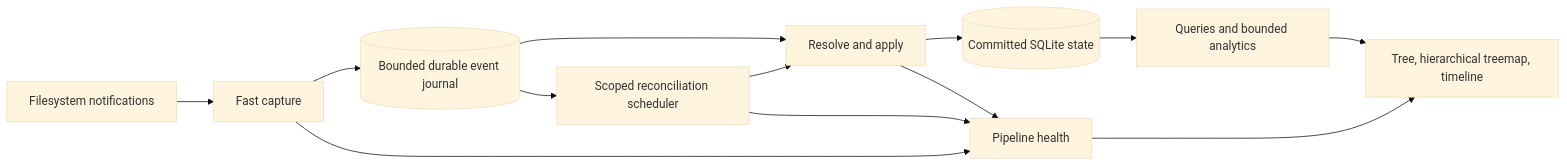
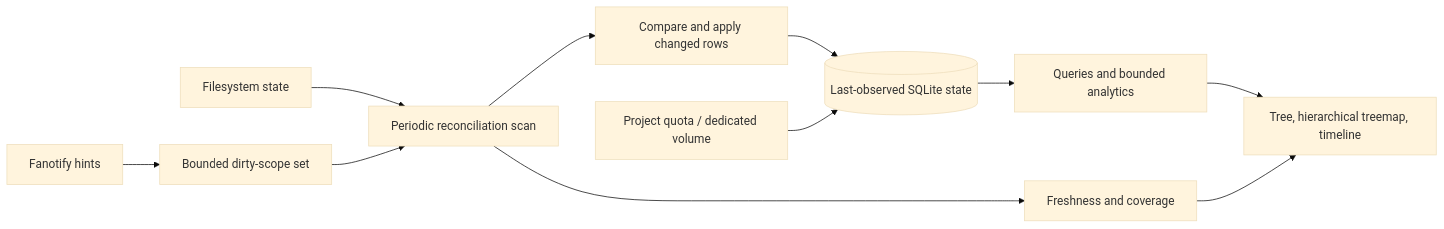
One commit to ftahirops/dux changed the diagram in docs/DEVELOPMENT_SPECIFICATION.md. Above: the diagram before and after it, drawn with Mermaid (base theme). The commit also changed other lines of this file and 22 other files, not shown here.

````diff
--- a/docs/DEVELOPMENT_SPECIFICATION.md
+++ b/docs/DEVELOPMENT_SPECIFICATION.md
@@ -80,15 +91,13 @@
 ```mermaid
 flowchart LR
-  FS[Filesystem notifications] --> C[Fast capture]
-  C --> J[(Bounded durable event journal)]
-  J --> A[Resolve and apply]
-  J --> R[Scoped reconciliation scheduler]
-  R --> A
-  A --> DB[(Committed SQLite state)]
+  FS[Filesystem state] --> R[Periodic reconciliation scan]
+  N[Fanotify hints] --> H[Bounded dirty-scope set]
+  H --> R
+  R --> A[Compare and apply changed rows]
+  A --> DB[(Last-observed SQLite state)]
+  QP[Project quota / dedicated volume] --> DB
   DB --> Q[Queries and bounded analytics]
   Q --> UI[Tree, hierarchical treemap, timeline]
-  C --> H[Pipeline health]
-  A --> H
-  R --> H
-  H --> UI
+  R --> M[Freshness and coverage]
+  M --> UI
 ```
````
